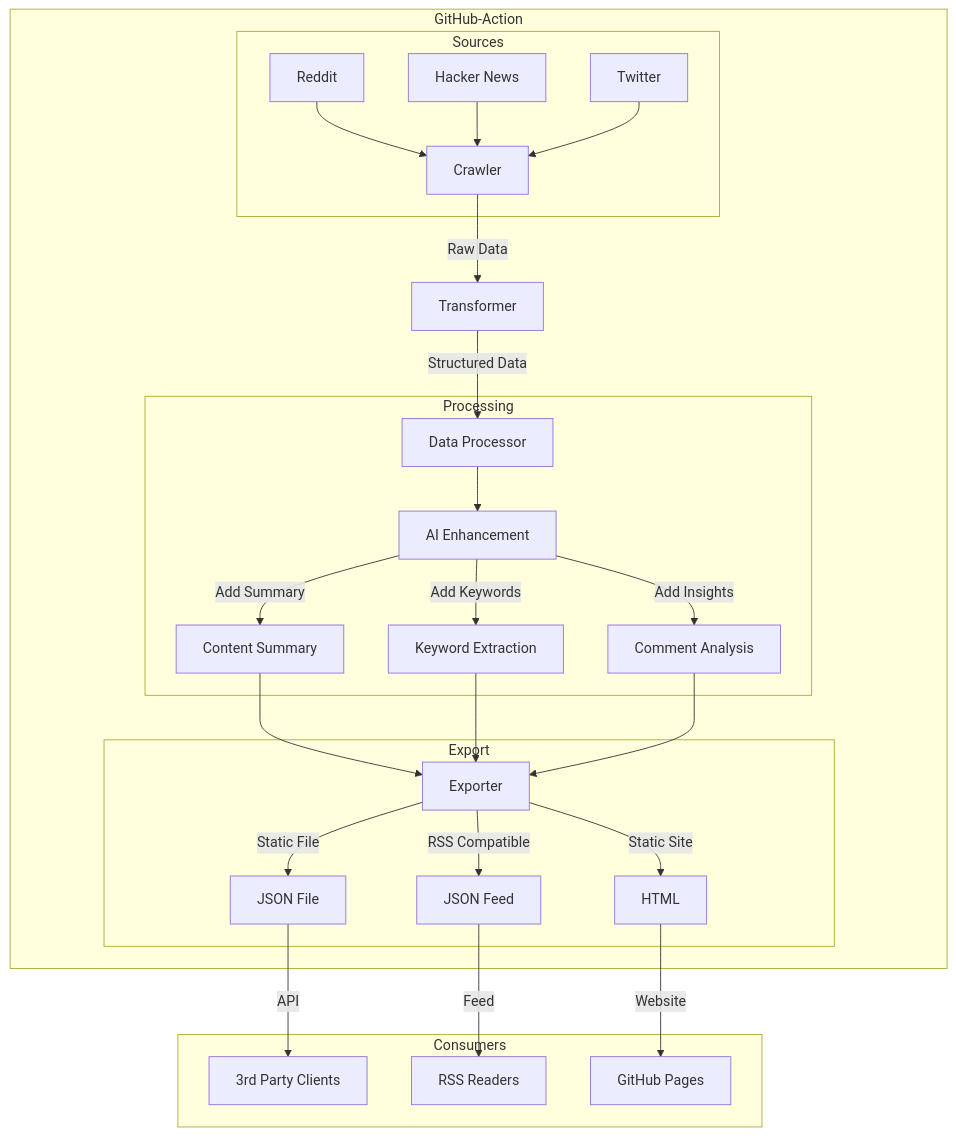
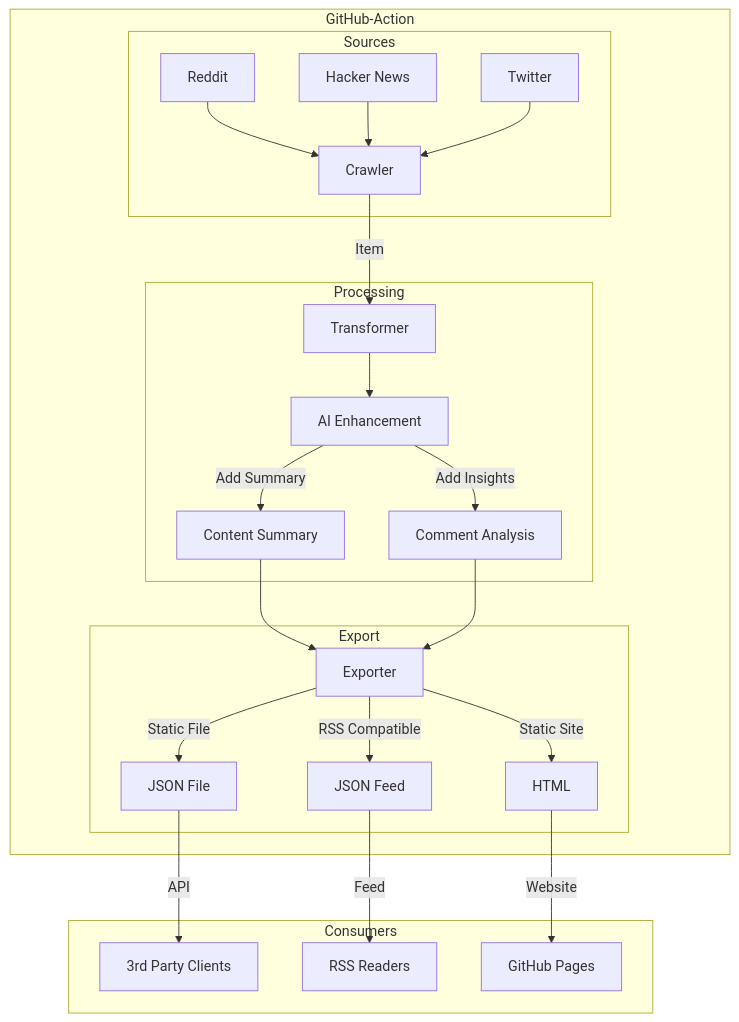
The diagram in docs/for_llm/README.md (RoCry/social-trending), drawn with Mermaid before and after one commit. The commit also changed 5 other files, not shown here.

````diff
--- a/docs/for_llm/README.md
+++ b/docs/for_llm/README.md
@@ -4,34 +4,32 @@
 ```mermaid
 graph TD
     subgraph GitHub-Action
         subgraph Sources
             A1[Reddit]
             A2[Hacker News]
             A3[Twitter]
             A1 & A2 & A3 --> A[Crawler]
         end
 
-        A --> |Raw Data| B[Transformer]
-        B --> |Structured Data| C[Data Processor]
+        A --> |Item| B[Transformer]
     
         subgraph Processing
-            C --> D[AI Enhancement]
-            D --> |Add Summary| E[Content Summary]
-            D --> |Add Keywords| F[Keyword Extraction]
-            D --> |Add Insights| G[Comment Analysis]
+            B --> C[AI Enhancement]
+            C --> |Add Summary| C1[Content Summary]
+            C --> |Add Insights| C3[Comment Analysis]
         end
         
         subgraph Export
-            E & F & G --> H[Exporter]
+            C1 & C3 --> H[Exporter]
             H --> |Static File| I[JSON File]
             H --> |RSS Compatible| J[JSON Feed]
             H --> |Static Site| K[HTML]
         end
     end
 
     subgraph Consumers
         I --> |API| L[3rd Party Clients]
         J --> |Feed| M[RSS Readers]
         K --> |Website| X[GitHub Pages]
     end
 ```
````
